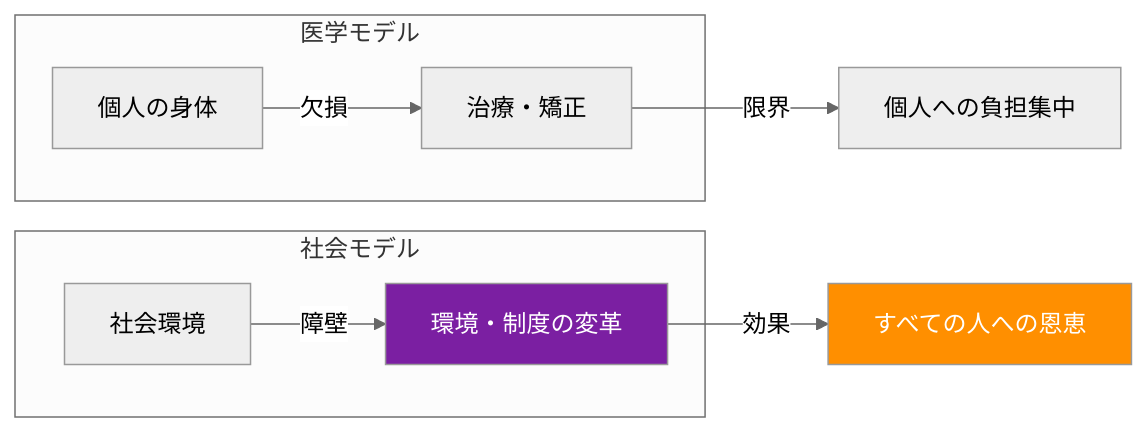
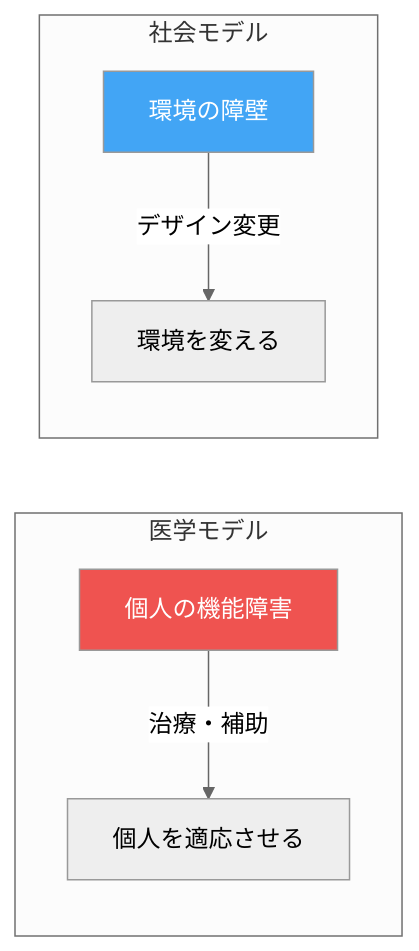
Before and after one commit to Hide-nu/Designer-curriculum: the second of 3 diagrams in docs/books/03-social-transformation/ch01-inclusive-design.md, drawn with Mermaid (neutral theme). The commit also changed other lines of this file and 13 other files, not shown here.

````diff
--- a/docs/books/03-social-transformation/ch01-inclusive-design.md
+++ b/docs/books/03-social-transformation/ch01-inclusive-design.md
@@ -63,16 +67,11 @@
 ```mermaid
 graph LR
     subgraph 医学モデル
-        A[個人の身体] -->|欠損| B[治療・矯正]
+        A[個人の機能障害] -->|治療・補助| B[個人を適応させる]
     end
-
     subgraph 社会モデル
-        C[社会環境] -->|障壁| D[環境・制度の変革]
+        C[環境の障壁] -->|デザイン変更| D[環境を変える]
     end
-
-    B -->|限界| E[個人への負担集中]
-    D -->|効果| F[すべての人への恩恵]
-
-    style D fill:#7b1fa2,color:#fff
-    style F fill:#ff8f00,color:#fff
+    style A fill:#ef5350,color:#fff
+    style C fill:#42a5f5,color:#fff
 ```
````
